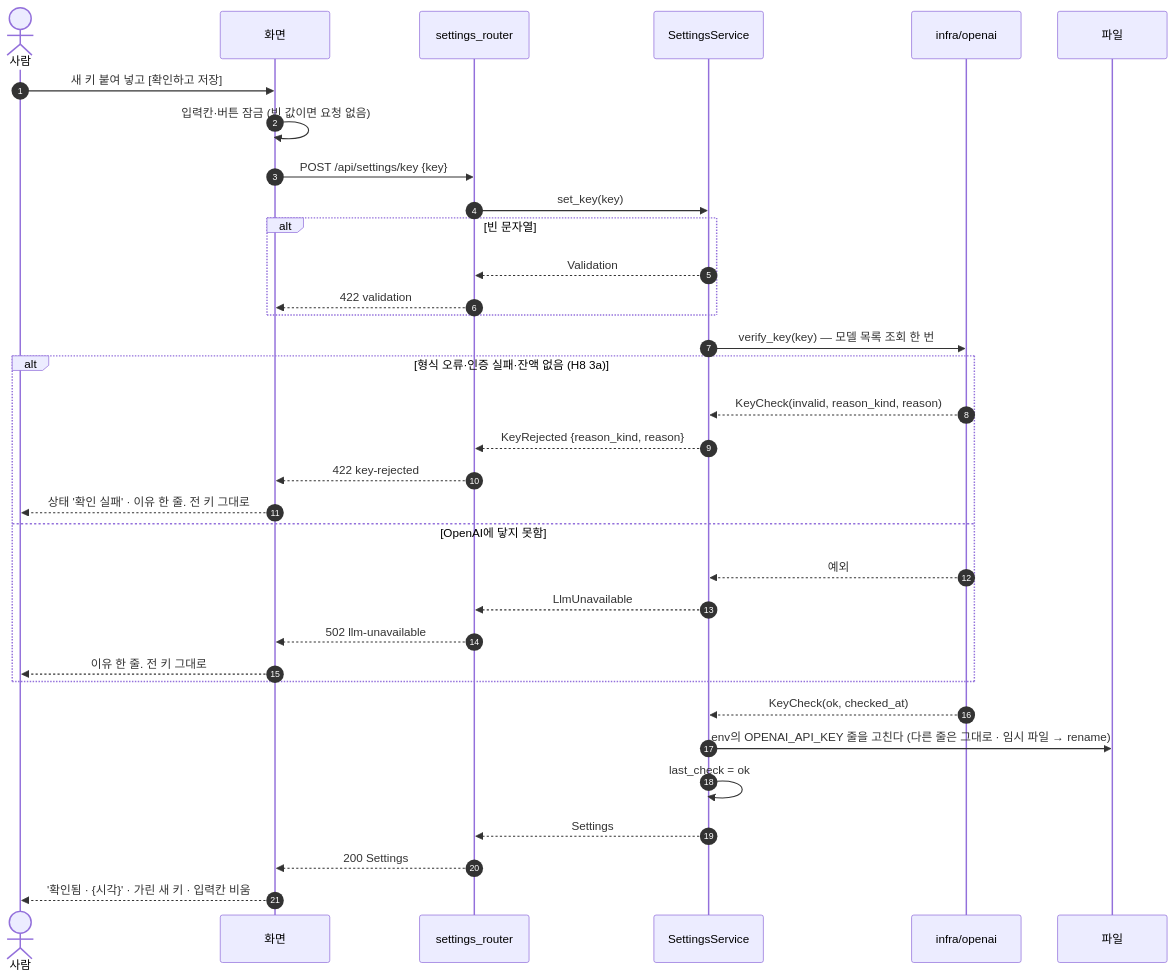
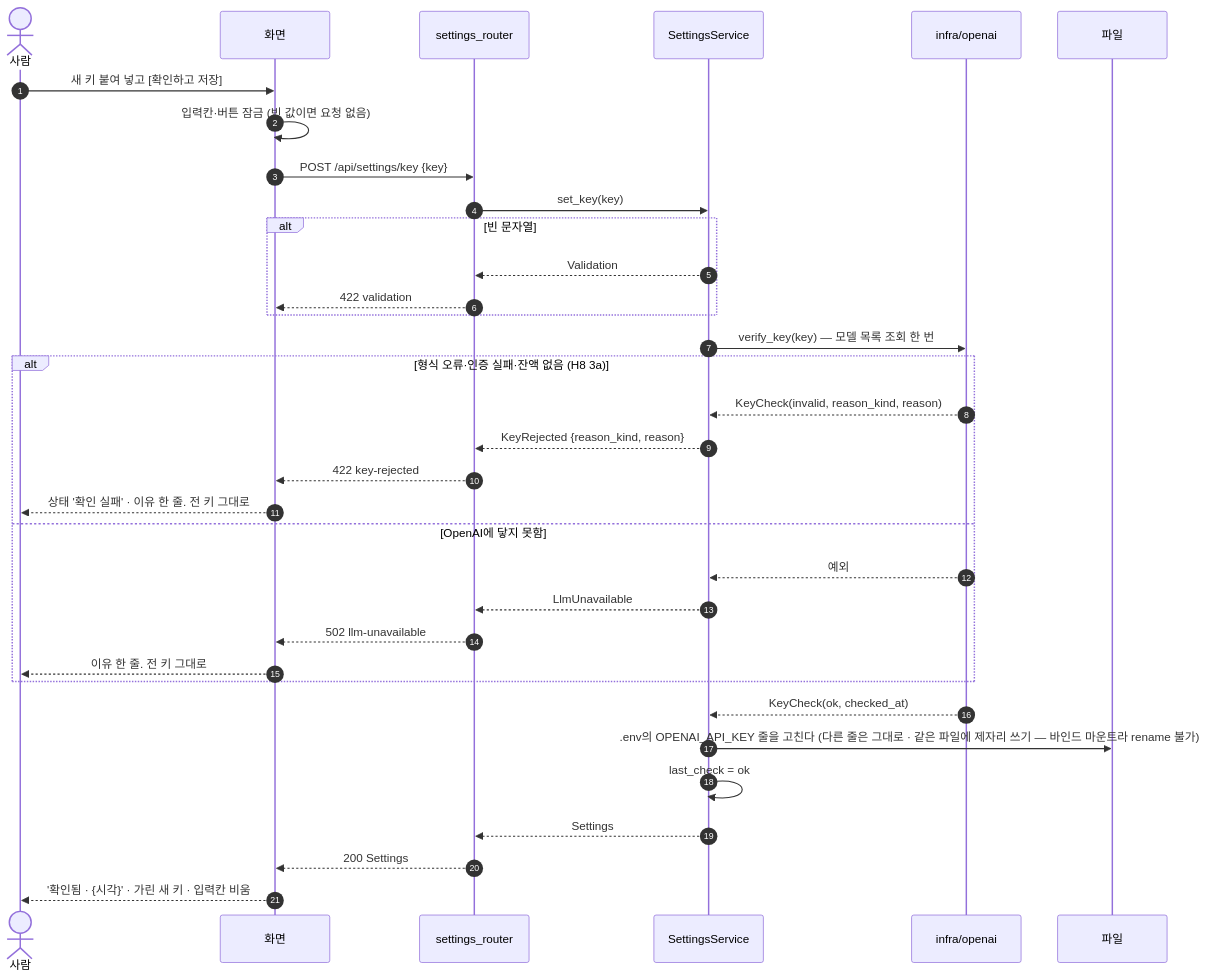
Before and after one commit to HoyoungParkme/video-agent: diagram 12 of 15 in docs/specs/09-SEQ/VA-SEQ-001.md, drawn with Mermaid. The commit also changed other lines of this file, not shown here.

Commit message:
되먹임 반영 — .env 제자리 쓰기(SEQ-12), 워커는 load_video로 영상을 얻고 삭제 뒤 wake(SEQ-11·13·14)

````diff
--- a/docs/specs/09-SEQ/VA-SEQ-001.md
+++ b/docs/specs/09-SEQ/VA-SEQ-001.md
@@ -820,37 +820,37 @@
 ```mermaid
 sequenceDiagram
     autonumber
     actor U as 사람
     participant W as 화면
     participant RS as settings_router
     participant SS as SettingsService
     participant OA as infra/openai
     participant FS as 파일
 
     U->>W: 새 키 붙여 넣고 [확인하고 저장]
     W->>W: 입력칸·버튼 잠금 (빈 값이면 요청 없음)
     W->>RS: POST /api/settings/key {key}
     RS->>SS: set_key(key)
     alt 빈 문자열
         SS-->>RS: Validation
         RS-->>W: 422 validation
     end
     SS->>OA: verify_key(key) — 모델 목록 조회 한 번
     alt 형식 오류·인증 실패·잔액 없음 (H8 3a)
         OA-->>SS: KeyCheck(invalid, reason_kind, reason)
         SS-->>RS: KeyRejected {reason_kind, reason}
         RS-->>W: 422 key-rejected
         W-->>U: 상태 '확인 실패' · 이유 한 줄. 전 키 그대로
     else OpenAI에 닿지 못함
         OA-->>SS: 예외
         SS-->>RS: LlmUnavailable
         RS-->>W: 502 llm-unavailable
         W-->>U: 이유 한 줄. 전 키 그대로
     end
     OA-->>SS: KeyCheck(ok, checked_at)
-    SS->>FS: .env의 OPENAI_API_KEY 줄을 고친다 (다른 줄은 그대로 · 임시 파일 → rename)
+    SS->>FS: .env의 OPENAI_API_KEY 줄을 고친다 (다른 줄은 그대로 · 같은 파일에 제자리 쓰기 — 바인드 마운트라 rename 불가)
     SS->>SS: last_check = ok
     SS-->>RS: Settings
     RS-->>W: 200 Settings
     W-->>U: '확인됨 · {시각}' · 가린 새 키 · 입력칸 비움
 ```
````
